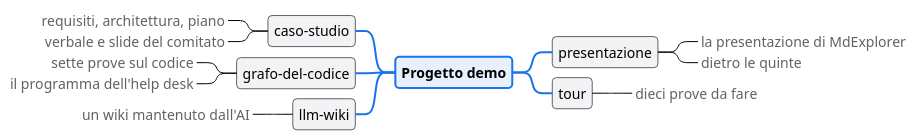
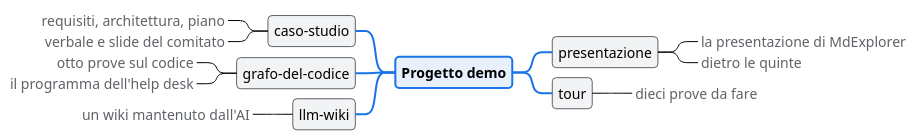
One commit to salaroglio/mdexplorer-demo changed the diagram in README.md. Above: the diagram before and after it, drawn with PlantUML. The commit also changed other lines of this file and 23 other files, not shown here.

````diff
--- a/README.md
+++ b/README.md
@@ -69,39 +70,39 @@
 ```plantuml
 @startmindmap
 !theme plain
 <style>
 mindmapDiagram {
   node {
     BackgroundColor #F1F3F4
     LineColor #5F6368
     RoundCorner 8
     Padding 6
   }
   :depth(0) {
     BackgroundColor #E8F0FE
     LineColor #1A73E8
     LineThickness 2
     FontStyle bold
   }
   boxless {
     FontColor #5F6368
   }
 }
 </style>
 * Progetto demo
 ** presentazione
 ***_ la presentazione di MdExplorer
 ***_ dietro le quinte
 ** tour
 ***_ dieci prove da fare
 left side
 ** caso-studio
 ***_ requisiti, architettura, piano
 ***_ verbale e slide del comitato
 ** grafo-del-codice
-***_ sette prove sul codice
+***_ otto prove sul codice
 ***_ il programma dell'help desk
 ** llm-wiki
 ***_ un wiki mantenuto dall'AI
 @endmindmap
 ```
````
